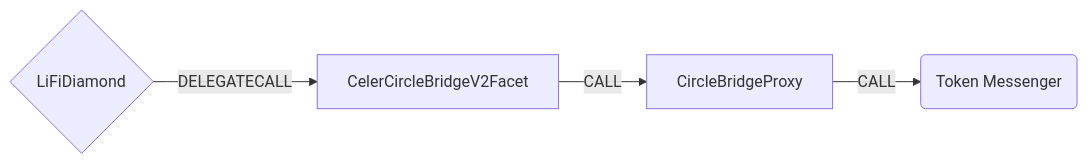
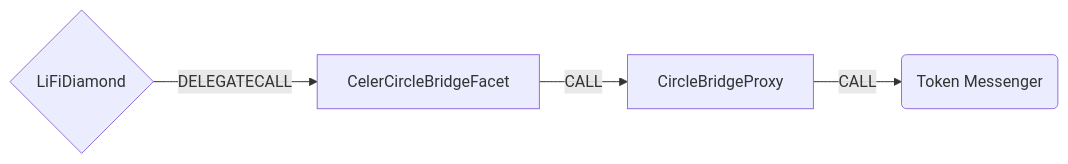
Before and after one commit to lifinance/contracts: the diagram in docs/CelerCircleBridgeFacet.md, drawn with Mermaid. The commit also changed other lines of this file and 17 other files, not shown here.

Commit message:
Refactor CelerCircleBridge to version 2.0.0, consolidating functionality and removing deprecated V2 facet. Updated deployment scripts, configuration files, and tests to reflect changes. Enhanced documentation for the new bridging methods and added error handling for invalid configurations.

````diff
--- a/docs/CelerCircleBridgeFacet.md
+++ b/docs/CelerCircleBridgeFacet.md
@@ -7,6 +7,6 @@
 ```mermaid
 graph LR;
-    D{LiFiDiamond}-- DELEGATECALL -->CelerCircleBridgeV2Facet;
-    CelerCircleBridgeV2Facet -- CALL --> CircleBridgeProxy
+    D{LiFiDiamond}-- DELEGATECALL -->CelerCircleBridgeFacet;
+    CelerCircleBridgeFacet -- CALL --> CircleBridgeProxy
     CircleBridgeProxy -- CALL --> M(Token Messenger)
 ```
````
